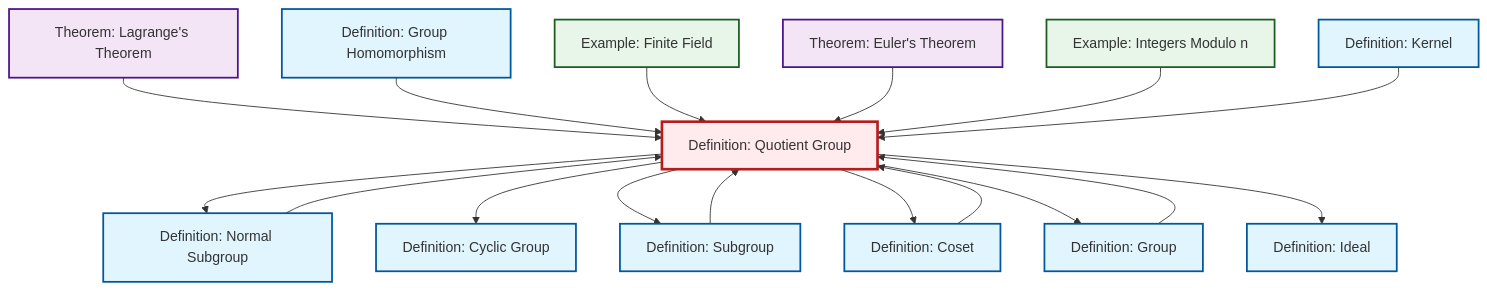
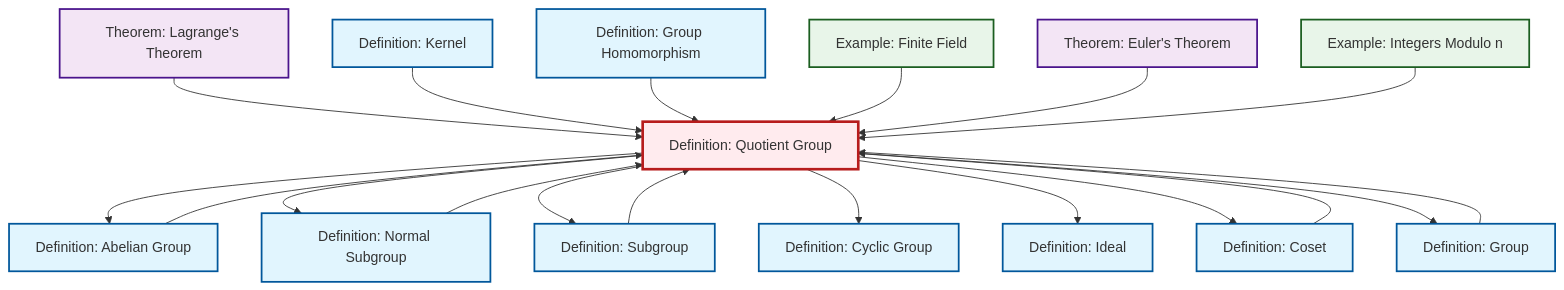
One commit to RK0429/ModernMath changed the diagram in content/en/algebra/def-quotient-group.qmd. Above: the diagram before and after it, drawn with Mermaid. The commit also changed 474 other files, not shown here.

````diff
--- a/content/en/algebra/def-quotient-group.qmd
+++ b/content/en/algebra/def-quotient-group.qmd
@@ -142,51 +142,55 @@
 ```{mermaid}
 %%| fig-cap: "Local dependency graph"
 graph TD
     classDef definition fill:#e1f5fe,stroke:#01579b,stroke-width:2px
     classDef theorem fill:#f3e5f5,stroke:#4a148c,stroke-width:2px
     classDef axiom fill:#fff3e0,stroke:#e65100,stroke-width:2px
     classDef example fill:#e8f5e9,stroke:#1b5e20,stroke-width:2px
     classDef current fill:#ffebee,stroke:#b71c1c,stroke-width:3px
-    ex-finite-field["Example: Finite Field"]:::example
+    def-ideal["Definition: Ideal"]:::definition
+    thm-euler["Theorem: Euler's Theorem"]:::theorem
+    def-quotient-group["Definition: Quotient Group"]:::definition
     ex-quotient-integers-mod-n["Example: Integers Modulo n"]:::example
+    def-cyclic-group["Definition: Cyclic Group"]:::definition
+    thm-lagrange["Theorem: Lagrange's Theorem"]:::theorem
+    def-kernel["Definition: Kernel"]:::definition
     def-coset["Definition: Coset"]:::definition
     def-group["Definition: Group"]:::definition
     def-homomorphism["Definition: Group Homomorphism"]:::definition
-    def-kernel["Definition: Kernel"]:::definition
     def-normal-subgroup["Definition: Normal Subgroup"]:::definition
-    def-quotient-group["Definition: Quotient Group"]:::definition
-    thm-lagrange["Theorem: Lagrange's Theorem"]:::theorem
-    def-cyclic-group["Definition: Cyclic Group"]:::definition
-    def-ideal["Definition: Ideal"]:::definition
+    ex-finite-field["Example: Finite Field"]:::example
+    def-abelian-group["Definition: Abelian Group"]:::definition
     def-subgroup["Definition: Subgroup"]:::definition
-    thm-euler["Theorem: Euler's Theorem"]:::theorem
+    def-subgroup --> def-quotient-group
     thm-lagrange --> def-quotient-group
+    def-coset --> def-quotient-group
+    def-kernel --> def-quotient-group
     def-homomorphism --> def-quotient-group
+    def-quotient-group --> def-abelian-group
+    ex-finite-field --> def-quotient-group
     def-quotient-group --> def-normal-subgroup
-    def-quotient-group --> def-cyclic-group
-    ex-finite-field --> def-quotient-group
+    def-normal-subgroup --> def-quotient-group
+    def-group --> def-quotient-group
     thm-euler --> def-quotient-group
-    def-normal-subgroup --> def-quotient-group
-    def-coset --> def-quotient-group
     def-quotient-group --> def-subgroup
     ex-quotient-integers-mod-n --> def-quotient-group
-    def-subgroup --> def-quotient-group
+    def-quotient-group --> def-cyclic-group
+    def-abelian-group --> def-quotient-group
+    def-quotient-group --> def-ideal
     def-quotient-group --> def-coset
-    def-group --> def-quotient-group
-    def-kernel --> def-quotient-group
     def-quotient-group --> def-group
-    def-quotient-group --> def-ideal
     class def-quotient-group current
-    click ex-finite-field "ex-finite-field.html" "Go to Finite Field example"
+    click def-ideal "def-ideal.html" "Go to Ideal definition"
+    click thm-euler "thm-euler.html" "Go to Euler's Theorem theorem"
     click ex-quotient-integers-mod-n "ex-quotient-integers-mod-n.html" "Go to Integers Modulo n example"
+    click def-cyclic-group "def-cyclic-group.html" "Go to Cyclic Group definition"
+    click thm-lagrange "thm-lagrange.html" "Go to Lagrange's Theorem theorem"
+    click def-kernel "def-kernel.html" "Go to Kernel definition"
     click def-coset "def-coset.html" "Go to Coset definition"
     click def-group "def-group.html" "Go to Group definition"
     click def-homomorphism "def-homomorphism.html" "Go to Group Homomorphism definition"
-    click def-kernel "def-kernel.html" "Go to Kernel definition"
     click def-normal-subgroup "def-normal-subgroup.html" "Go to Normal Subgroup definition"
-    click thm-lagrange "thm-lagrange.html" "Go to Lagrange's Theorem theorem"
-    click def-cyclic-group "def-cyclic-group.html" "Go to Cyclic Group definition"
-    click def-ideal "def-ideal.html" "Go to Ideal definition"
+    click ex-finite-field "ex-finite-field.html" "Go to Finite Field example"
+    click def-abelian-group "def-abelian-group.html" "Go to Abelian Group definition"
     click def-subgroup "def-subgroup.html" "Go to Subgroup definition"
-    click thm-euler "thm-euler.html" "Go to Euler's Theorem theorem"
 ```
````
